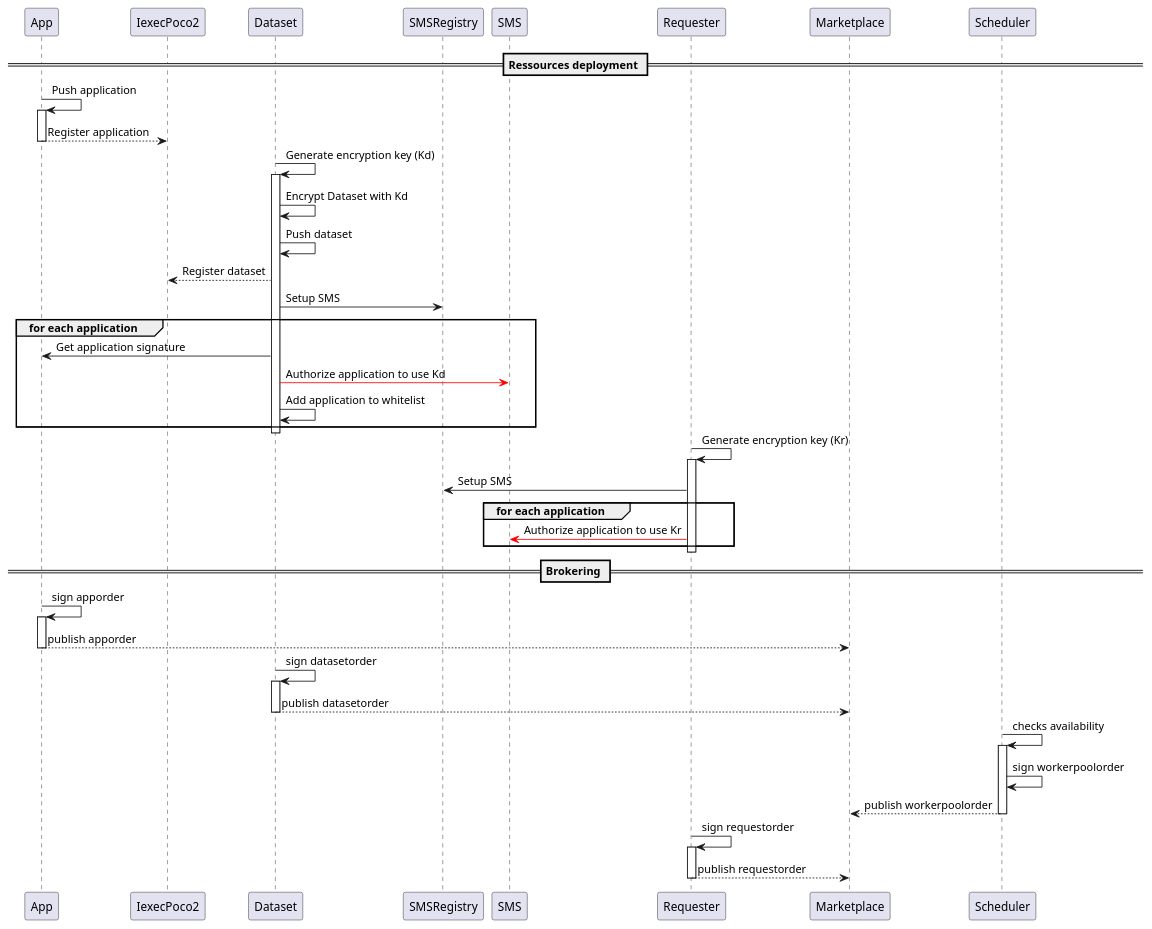
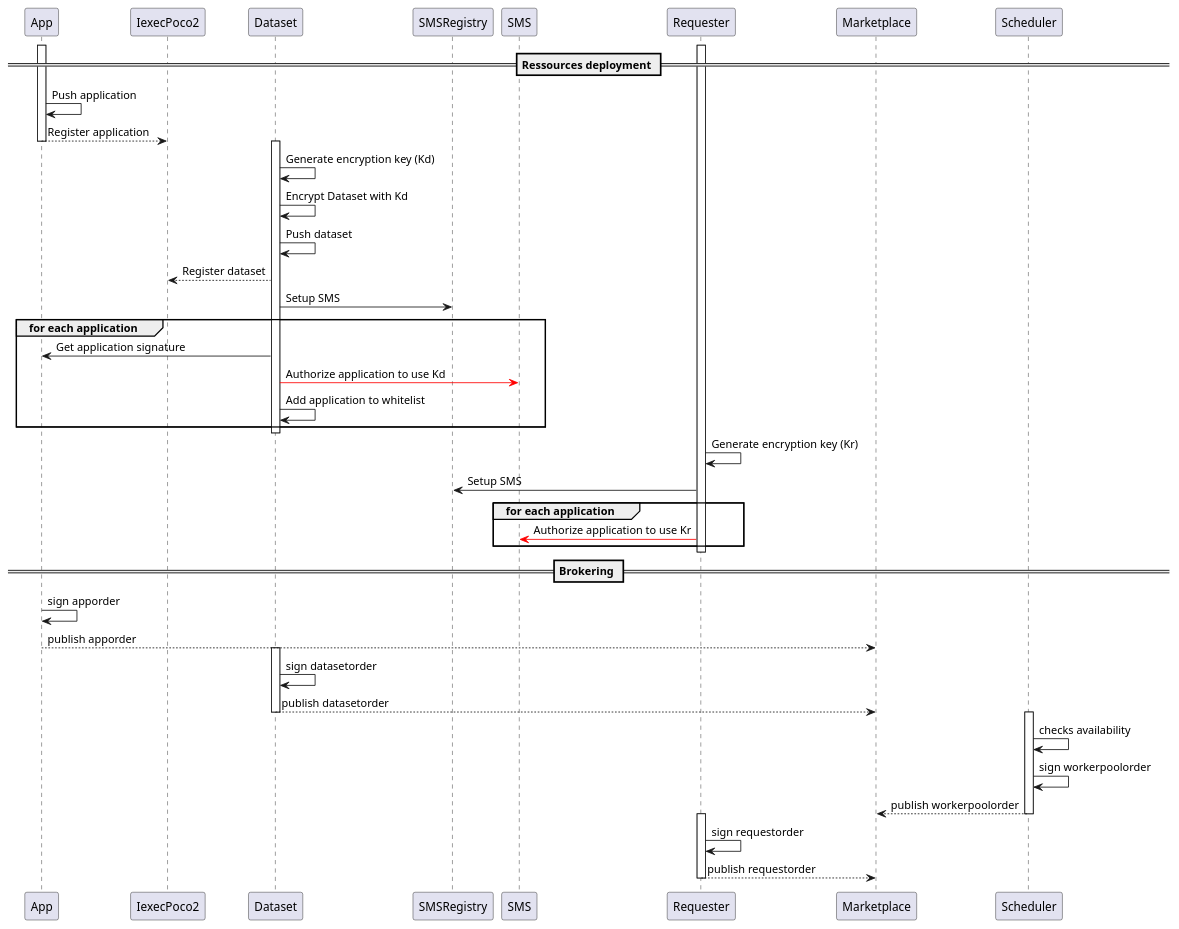
The diagram in uml/workflow-ODB-1b-publish-orders-TEE.puml (iExecBlockchainComputing/PoCo), drawn with PlantUML before and after one commit. The commit also changed 2 other files, not shown here.

Commit message:
update WF diagram

```diff
--- a/uml/workflow-ODB-1b-publish-orders-TEE.puml
+++ b/uml/workflow-ODB-1b-publish-orders-TEE.puml
@@ -1,54 +1,53 @@
 @startuml
 
 == Ressources deployment ==
-
+activate App
 App -> App : Push application
-activate App
 App --> IexecPoco2 : Register application
 deactivate App
 
+activate Dataset
 Dataset -> Dataset : Generate encryption key (Kd)
-activate Dataset
 Dataset -> Dataset : Encrypt Dataset with Kd
 Dataset -> Dataset : Push dataset
 Dataset --> IexecPoco2 : Register dataset
 Dataset -> SMSRegistry : Setup SMS
 group for each application
 	Dataset -> App : Get application signature
 	Dataset -[#red]> SMS : Authorize application to use Kd
 	Dataset -> Dataset : Add application to whitelist
 end
 deactivate Dataset
 
+activate Requester
 Requester -> Requester : Generate encryption key (Kr)
-activate Requester
 Requester -> SMSRegistry : Setup SMS
 group for each application
 	Requester -[#red]> SMS: Authorize application to use Kr
 end
 deactivate Requester
 
 == Brokering ==
 
+activate App
 App -> App : sign apporder
-activate App
 App --> Marketplace : publish apporder
 deactivate App
 
+activate Dataset
 Dataset -> Dataset : sign datasetorder
-activate Dataset
 Dataset --> Marketplace : publish datasetorder
 deactivate Dataset
 
+activate Scheduler
 Scheduler -> Scheduler : checks availability
-activate Scheduler
 Scheduler -> Scheduler : sign workerpoolorder
 Scheduler --> Marketplace : publish workerpoolorder
 deactivate Scheduler
 
+activate Requester
 Requester -> Requester : sign requestorder
-activate Requester
 Requester --> Marketplace : publish requestorder
 deactivate Requester
 
 @enduml
```
